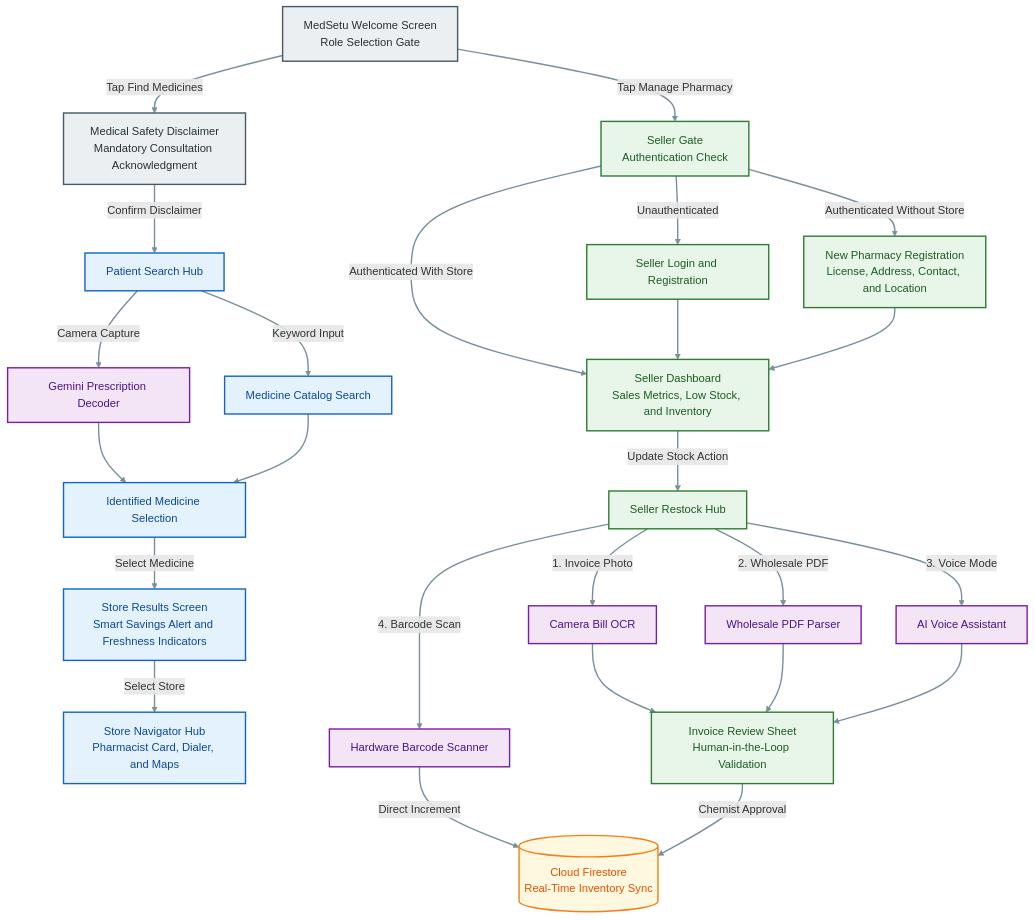
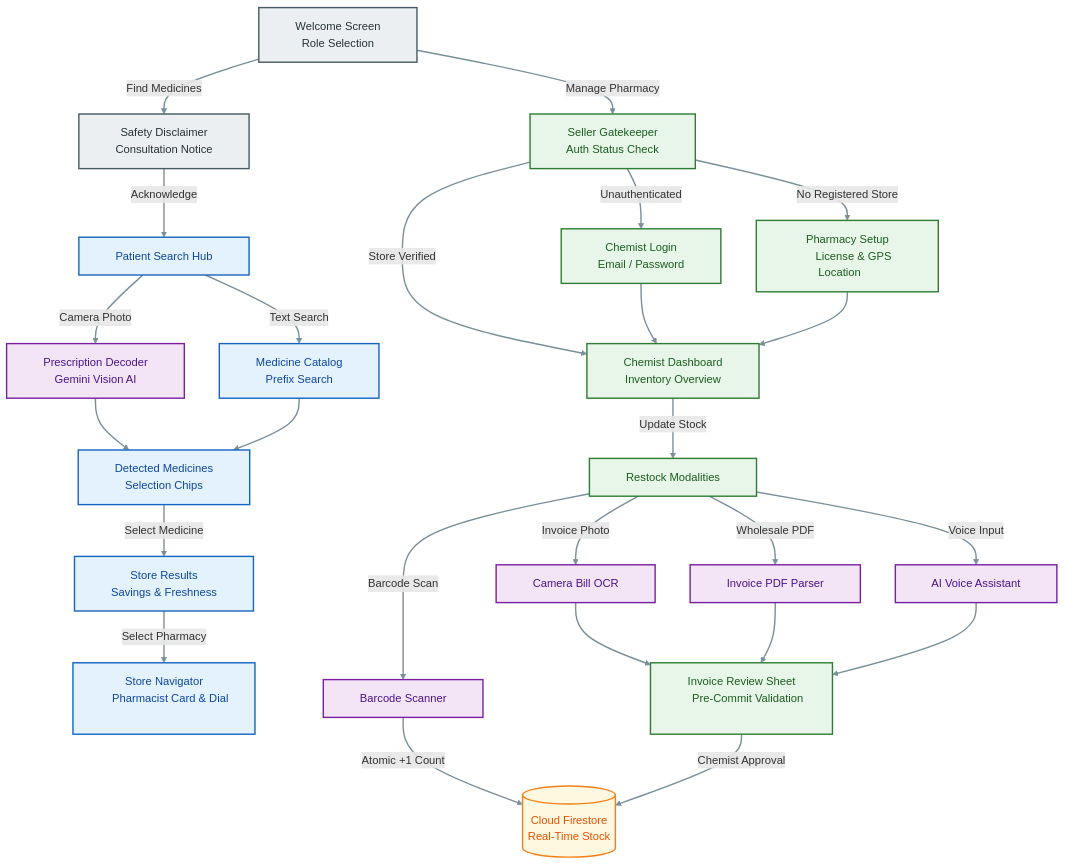
The sixth of 6 diagrams in README.md (Parth-Chavan-15/MedSetu-TechSprint), drawn with Mermaid before and after one commit. The commit also changed other lines of this file, not shown here.

Commit message:
docs: resolve Mermaid text clipping with non-breaking SVG padding, enhance emulator location tip with ADB CLI option

````diff
--- a/README.md
+++ b/README.md
@@ -396,47 +408,47 @@
 ```mermaid
 flowchart TD
-    WELCOME["MedSetu Welcome Screen<br/>Role Selection Gate"] -->|Tap Find Medicines| MODAL["Medical Safety Disclaimer<br/>Mandatory Consultation Acknowledgment"]
-    WELCOME -->|Tap Manage Pharmacy| GATE["Seller Gate<br/>Authentication Check"]
+    WELCOME["&nbsp;&nbsp;&nbsp;&nbsp; Welcome Screen &nbsp;&nbsp;&nbsp;&nbsp;<br/>&nbsp;&nbsp;&nbsp;&nbsp; Role Selection &nbsp;&nbsp;&nbsp;&nbsp;"] -->|Find Medicines| MODAL["&nbsp;&nbsp;&nbsp;&nbsp; Safety Disclaimer &nbsp;&nbsp;&nbsp;&nbsp;<br/>&nbsp;&nbsp;&nbsp;&nbsp; Consultation Notice &nbsp;&nbsp;&nbsp;&nbsp;"]
+    WELCOME -->|Manage Pharmacy| GATE["&nbsp;&nbsp;&nbsp;&nbsp; Seller Gatekeeper &nbsp;&nbsp;&nbsp;&nbsp;<br/>&nbsp;&nbsp;&nbsp;&nbsp; Auth Status Check &nbsp;&nbsp;&nbsp;&nbsp;"]
 
-    MODAL -->|Confirm Disclaimer| PS_HUB["Patient Search Hub"]
-    PS_HUB -->|Camera Capture| RX_DEC["Gemini Prescription Decoder"]
-    PS_HUB -->|Keyword Input| TXT_MATCH["Medicine Catalog Search"]
-    RX_DEC --> CHIPS["Identified Medicine Selection"]
+    MODAL -->|Acknowledge| PS_HUB["&nbsp;&nbsp;&nbsp;&nbsp; Patient Search Hub &nbsp;&nbsp;&nbsp;&nbsp;"]
+    PS_HUB -->|Camera Photo| RX_DEC["&nbsp;&nbsp;&nbsp;&nbsp; Prescription Decoder &nbsp;&nbsp;&nbsp;&nbsp;<br/>&nbsp;&nbsp;&nbsp;&nbsp; Gemini Vision AI &nbsp;&nbsp;&nbsp;&nbsp;"]
+    PS_HUB -->|Text Search| TXT_MATCH["&nbsp;&nbsp;&nbsp;&nbsp; Medicine Catalog &nbsp;&nbsp;&nbsp;&nbsp;<br/>&nbsp;&nbsp;&nbsp;&nbsp; Prefix Search &nbsp;&nbsp;&nbsp;&nbsp;"]
+    RX_DEC --> CHIPS["&nbsp;&nbsp;&nbsp;&nbsp; Detected Medicines &nbsp;&nbsp;&nbsp;&nbsp;<br/>&nbsp;&nbsp;&nbsp;&nbsp; Selection Chips &nbsp;&nbsp;&nbsp;&nbsp;"]
     TXT_MATCH --> CHIPS
 
-    CHIPS -->|Select Medicine| RESULTS["Store Results Screen<br/>Smart Savings Alert and Freshness Indicators"]
-    RESULTS -->|Select Store| NAV["Store Navigator Hub<br/>Pharmacist Card, Dialer, and Maps"]
+    CHIPS -->|Select Medicine| RESULTS["&nbsp;&nbsp;&nbsp;&nbsp; Store Results &nbsp;&nbsp;&nbsp;&nbsp;<br/>&nbsp;&nbsp;&nbsp;&nbsp; Savings & Freshness &nbsp;&nbsp;&nbsp;&nbsp;"]
+    RESULTS -->|Select Pharmacy| NAV["&nbsp;&nbsp;&nbsp;&nbsp; Store Navigator &nbsp;&nbsp;&nbsp;&nbsp;<br/>&nbsp;&nbsp;&nbsp;&nbsp; Pharmacist Card & Dial &nbsp;&nbsp;&nbsp;&nbsp;"]
 
-    GATE -->|Unauthenticated| LOGIN["Seller Login and Registration"]
-    GATE -->|Authenticated Without Store| REG["New Pharmacy Registration<br/>License, Address, Contact, and Location"]
-    GATE -->|Authenticated With Store| DASH["Seller Dashboard<br/>Sales Metrics, Low Stock, and Inventory"]
+    GATE -->|Unauthenticated| LOGIN["&nbsp;&nbsp;&nbsp;&nbsp; Chemist Login &nbsp;&nbsp;&nbsp;&nbsp;<br/>&nbsp;&nbsp;&nbsp;&nbsp; Email / Password &nbsp;&nbsp;&nbsp;&nbsp;"]
+    GATE -->|No Registered Store| REG["&nbsp;&nbsp;&nbsp;&nbsp; Pharmacy Setup &nbsp;&nbsp;&nbsp;&nbsp;<br/>&nbsp;&nbsp;&nbsp;&nbsp; License & GPS Location &nbsp;&nbsp;&nbsp;&nbsp;"]
+    GATE -->|Store Verified| DASH["&nbsp;&nbsp;&nbsp;&nbsp; Chemist Dashboard &nbsp;&nbsp;&nbsp;&nbsp;<br/>&nbsp;&nbsp;&nbsp;&nbsp; Inventory Overview &nbsp;&nbsp;&nbsp;&nbsp;"]
 
     LOGIN --> DASH
     REG --> DASH
-    DASH -->|Update Stock Action| SCAN["Seller Restock Hub"]
+    DASH -->|Update Stock| SCAN["&nbsp;&nbsp;&nbsp;&nbsp; Restock Modalities &nbsp;&nbsp;&nbsp;&nbsp;"]
 
-    SCAN -->|1. Invoice Photo| MOD_INV["Camera Bill OCR"]
-    SCAN -->|2. Wholesale PDF| MOD_PDF["Wholesale PDF Parser"]
-    SCAN -->|3. Voice Mode| MOD_VOICE["AI Voice Assistant"]
-    SCAN -->|4. Barcode Scan| MOD_BC["Hardware Barcode Scanner"]
+    SCAN -->|Invoice Photo| MOD_INV["&nbsp;&nbsp;&nbsp;&nbsp; Camera Bill OCR &nbsp;&nbsp;&nbsp;&nbsp;"]
+    SCAN -->|Wholesale PDF| MOD_PDF["&nbsp;&nbsp;&nbsp;&nbsp; Invoice PDF Parser &nbsp;&nbsp;&nbsp;&nbsp;"]
+    SCAN -->|Voice Input| MOD_VOICE["&nbsp;&nbsp;&nbsp;&nbsp; AI Voice Assistant &nbsp;&nbsp;&nbsp;&nbsp;"]
+    SCAN -->|Barcode Scan| MOD_BC["&nbsp;&nbsp;&nbsp;&nbsp; Barcode Scanner &nbsp;&nbsp;&nbsp;&nbsp;"]
 
-    MOD_INV --> IRS["Invoice Review Sheet<br/>Human-in-the-Loop Validation"]
+    MOD_INV --> IRS["&nbsp;&nbsp;&nbsp;&nbsp; Invoice Review Sheet &nbsp;&nbsp;&nbsp;&nbsp;<br/>&nbsp;&nbsp;&nbsp;&nbsp; Pre-Commit Validation &nbsp;&nbsp;&nbsp;&nbsp;"]
     MOD_PDF --> IRS
     MOD_VOICE --> IRS
-    MOD_BC -->|Direct Increment| SYNC[("Cloud Firestore<br/>Real-Time Inventory Sync")]
+    MOD_BC -->|Atomic +1 Count| SYNC[(" Cloud Firestore <br/> Real-Time Stock ")]
     IRS -->|Chemist Approval| SYNC
 
     classDef welcome fill:#ECEFF1,stroke:#455A64,color:#263238,stroke-width:2px;
     classDef patient fill:#E3F2FD,stroke:#1565C0,color:#0D47A1,stroke-width:2px;
     classDef chemist fill:#E8F5E9,stroke:#2E7D32,color:#1B5E20,stroke-width:2px;
     classDef ai fill:#F3E5F5,stroke:#7B1FA2,color:#4A148C,stroke-width:2px;
     classDef sync fill:#FFF8E1,stroke:#F57F17,color:#E65100,stroke-width:2px;
 
     class WELCOME,MODAL welcome;
     class PS_HUB,CHIPS,RESULTS,NAV,TXT_MATCH patient;
     class GATE,LOGIN,REG,DASH,SCAN,IRS chemist;
     class RX_DEC,MOD_INV,MOD_PDF,MOD_VOICE,MOD_BC ai;
     class SYNC sync;
 
     linkStyle default stroke:#78909C,stroke-width:2px;
 ```
````
